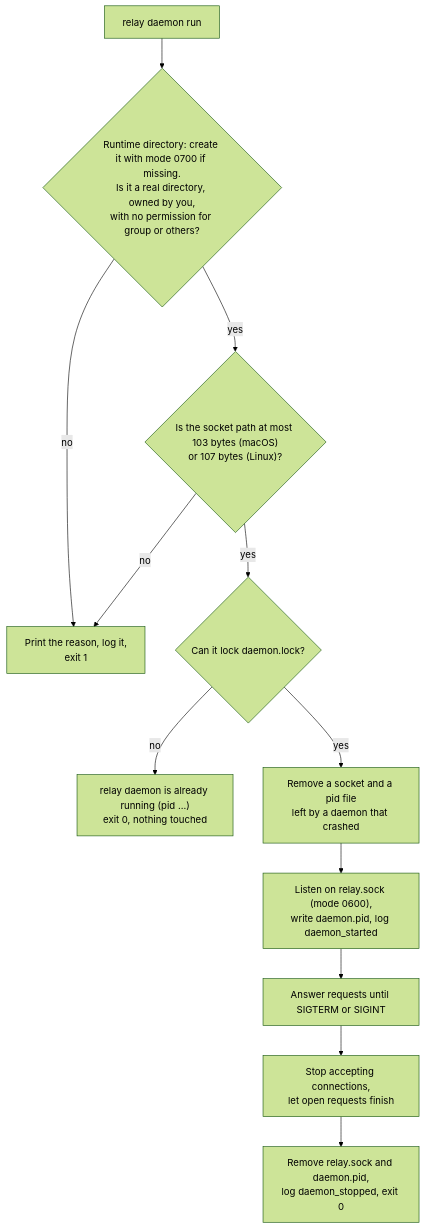
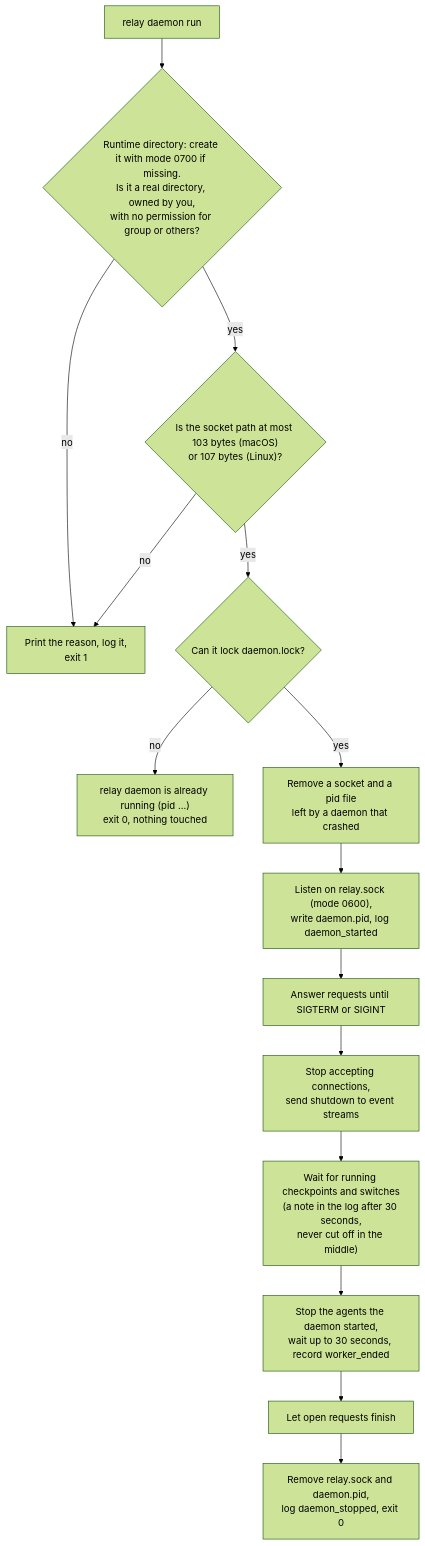
The first of 6 diagrams in docs/daemon.md (FrejusGdm/relay), drawn with Mermaid (forest theme) before and after one commit. The commit also changed other lines of this file and 36 other files, not shown here.

````diff
--- a/docs/daemon.md
+++ b/docs/daemon.md
@@ -98,14 +115,17 @@
 ```mermaid
 flowchart TD
   run["relay daemon run"] --> dir{"Runtime directory: create it with mode 0700 if missing.<br/>Is it a real directory, owned by you,<br/>with no permission for group or others?"}
   dir -- no --> refuse["Print the reason, log it,<br/>exit 1"]
   dir -- yes --> length{"Is the socket path at most 103 bytes (macOS)<br/>or 107 bytes (Linux)?"}
   length -- no --> refuse
   length -- yes --> lock{"Can it lock daemon.lock?"}
   lock -- no --> already["relay daemon is already running (pid ...)<br/>exit 0, nothing touched"]
   lock -- yes --> stale["Remove a socket and a pid file<br/>left by a daemon that crashed"]
   stale --> listen["Listen on relay.sock (mode 0600),<br/>write daemon.pid, log daemon_started"]
   listen --> wait["Answer requests until SIGTERM or SIGINT"]
-  wait --> stopping["Stop accepting connections,<br/>let open requests finish"]
-  stopping --> clean["Remove relay.sock and daemon.pid,<br/>log daemon_stopped, exit 0"]
+  wait --> stopping["Stop accepting connections,<br/>send shutdown to event streams"]
+  stopping --> operations["Wait for running checkpoints and switches<br/>(a note in the log after 30 seconds,<br/>never cut off in the middle)"]
+  operations --> agents["Stop the agents the daemon started,<br/>wait up to 30 seconds, record worker_ended"]
+  agents --> requests["Let open requests finish"]
+  requests --> clean["Remove relay.sock and daemon.pid,<br/>log daemon_stopped, exit 0"]
 ```
````
